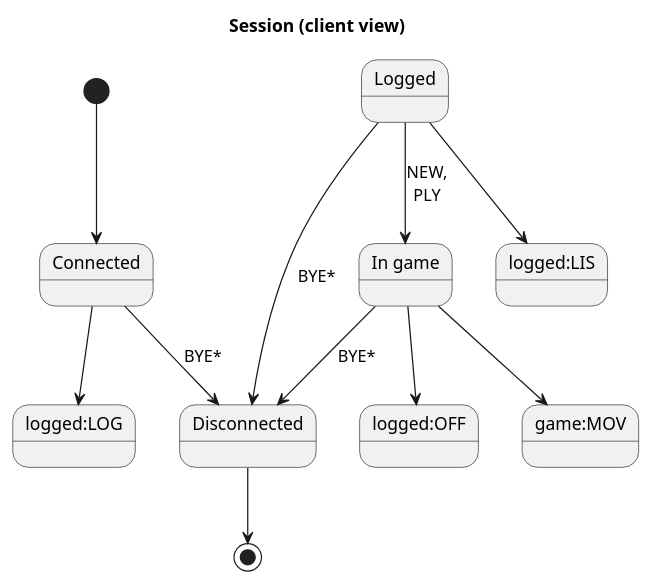
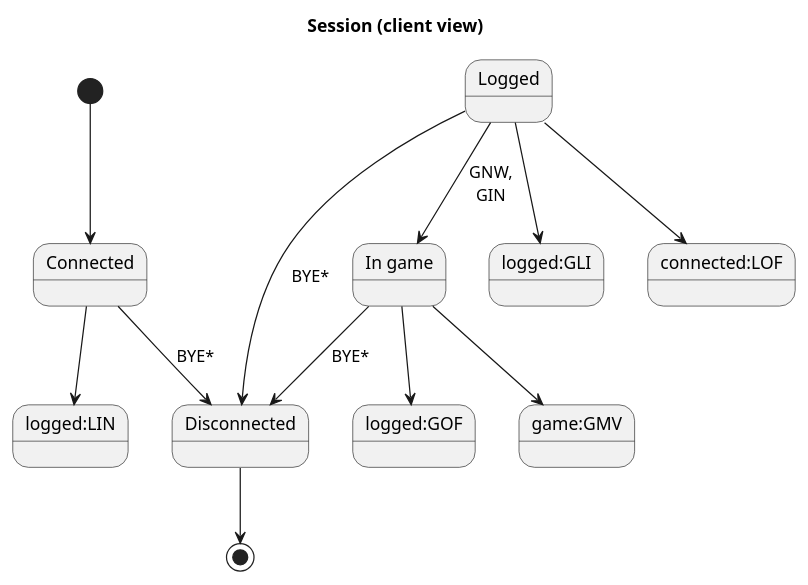
Before and after one commit to Hartrik/KIV-UPS: the diagram in doc/state-diagram.puml, drawn with PlantUML. The commit also changed 1 other file, not shown here.

Commit message:
Update diagrams

```diff
--- a/doc/state-diagram.puml
+++ b/doc/state-diagram.puml
@@ -1,22 +1,23 @@
 @startuml
 title Session (client view)
 
 [*] --> connected
 
 state "Connected" as connected
-connected --> logged:LOG
+connected --> logged:LIN
 connected --> not_connected:BYE*
 
 state "Logged" as logged
 logged --> not_connected:BYE*
-logged --> game:NEW,\nPLY
-logged --> logged:LIS
+logged --> game:GNW,\nGIN
+logged --> logged:GLI
+logged --> connected:LOF
 
 state "In game" as game
 game --> not_connected:BYE*
-game --> logged:OFF
-game --> game:MOV
+game --> logged:GOF
+game --> game:GMV
 
 state "Disconnected" as not_connected
 not_connected --> [*]
 @enduml
```
